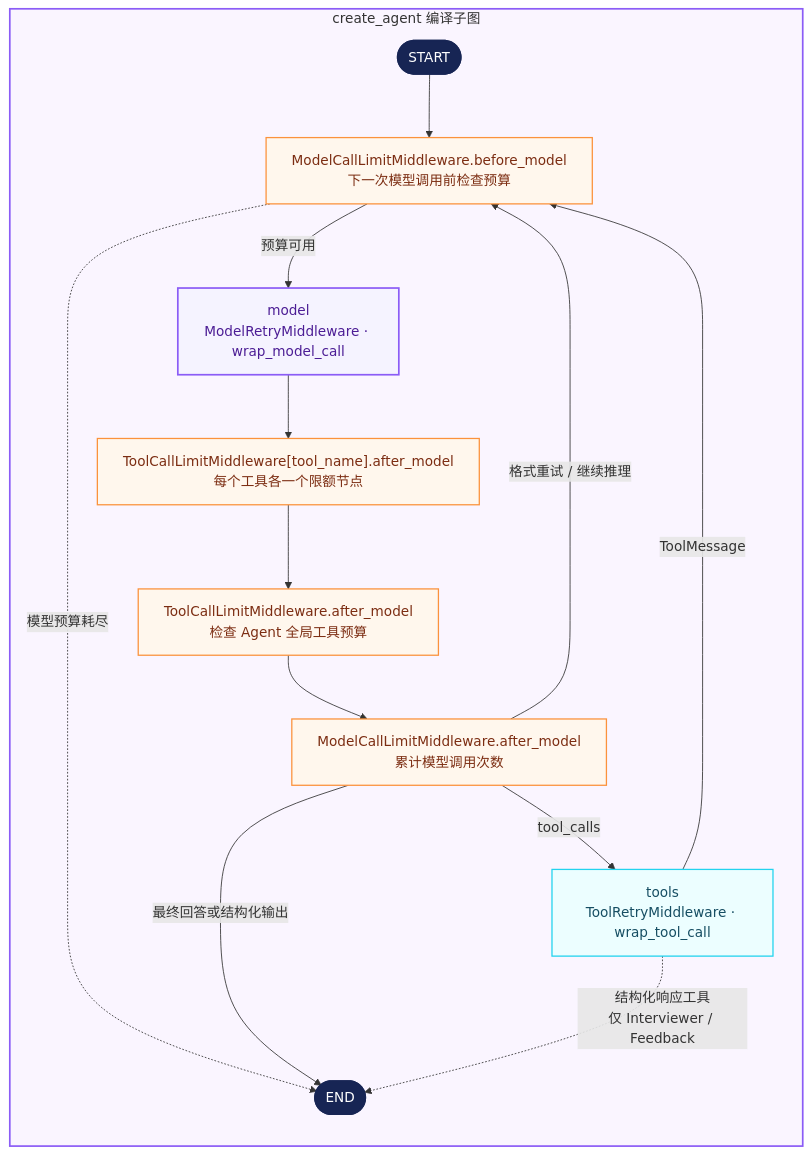
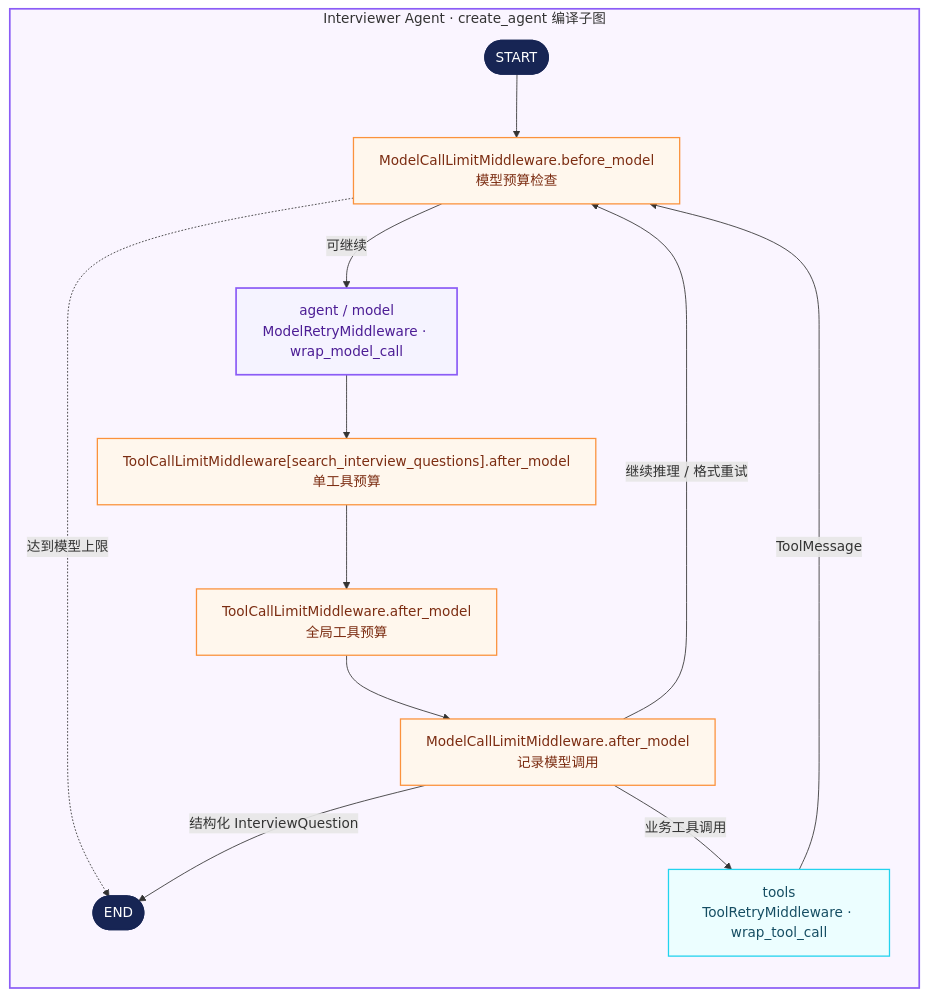
The second of 4 diagrams in README.md (Lucky-LMC/AI-Interview), drawn with Mermaid before and after one commit. The commit also changed other lines of this file, not shown here.

Commit message:
docs: split agent architecture diagrams by implementation

````diff
--- a/README.md
+++ b/README.md
@@ -79,31 +64,28 @@
 ```mermaid
 flowchart TB
-    subgraph agent_graph["create_agent 编译子图"]
+    subgraph interviewer_graph["Interviewer Agent · create_agent 编译子图"]
         direction TB
-        agent_start([START]) --> before_model["ModelCallLimitMiddleware.before_model<br/>下一次模型调用前检查预算"]
-        before_model -- 预算可用 --> model["model<br/>ModelRetryMiddleware · wrap_model_call"]
-        before_model -. 模型预算耗尽 .-> agent_end([END])
-
-        model --> per_tool_limit["ToolCallLimitMiddleware[tool_name].after_model<br/>每个工具各一个限额节点"]
-        per_tool_limit --> global_tool_limit["ToolCallLimitMiddleware.after_model<br/>检查 Agent 全局工具预算"]
-        global_tool_limit --> after_model["ModelCallLimitMiddleware.after_model<br/>累计模型调用次数"]
-
-        after_model -- tool_calls --> tools["tools<br/>ToolRetryMiddleware · wrap_tool_call"]
-        tools -- ToolMessage --> before_model
-        after_model -- 最终回答或结构化输出 --> agent_end
-        after_model -- 格式重试 / 继续推理 --> before_model
-        tools -. 结构化响应工具<br/>仅 Interviewer / Feedback .-> agent_end
+        start_i([START]) --> before_i["ModelCallLimitMiddleware.before_model<br/>模型预算检查"]
+        before_i -- 可继续 --> agent_i["agent / model<br/>ModelRetryMiddleware · wrap_model_call"]
+        before_i -. 达到模型上限 .-> end_i([END])
+        agent_i --> tool_i["ToolCallLimitMiddleware[search_interview_questions].after_model<br/>单工具预算"]
+        tool_i --> global_i["ToolCallLimitMiddleware.after_model<br/>全局工具预算"]
+        global_i --> after_i["ModelCallLimitMiddleware.after_model<br/>记录模型调用"]
+        after_i -- 业务工具调用 --> tools_i["tools<br/>ToolRetryMiddleware · wrap_tool_call"]
+        tools_i -- ToolMessage --> before_i
+        after_i -- 结构化 InterviewQuestion --> end_i([END])
+        after_i -- 继续推理 / 格式重试 --> before_i
     end
 
     classDef terminal fill:#172554,color:#ffffff,stroke:#172554,stroke-width:2px;
     classDef middleware fill:#fff7ed,color:#7c2d12,stroke:#fb923c,stroke-width:1.5px;
     classDef agentCore fill:#f5f3ff,color:#4c1d95,stroke:#8b5cf6,stroke-width:2px;
     classDef tool fill:#ecfeff,color:#164e63,stroke:#22d3ee,stroke-width:1.5px;
 
-    class agent_start,agent_end terminal;
-    class before_model,per_tool_limit,global_tool_limit,after_model middleware;
-    class model agentCore;
-    class tools tool;
+    class start_i,end_i terminal;
+    class before_i,tool_i,global_i,after_i middleware;
+    class agent_i agentCore;
+    class tools_i tool;
 
-    style agent_graph fill:#faf5ff,stroke:#8b5cf6,stroke-width:2px;
+    style interviewer_graph fill:#faf5ff,stroke:#8b5cf6,stroke-width:2px;
 ```
````
